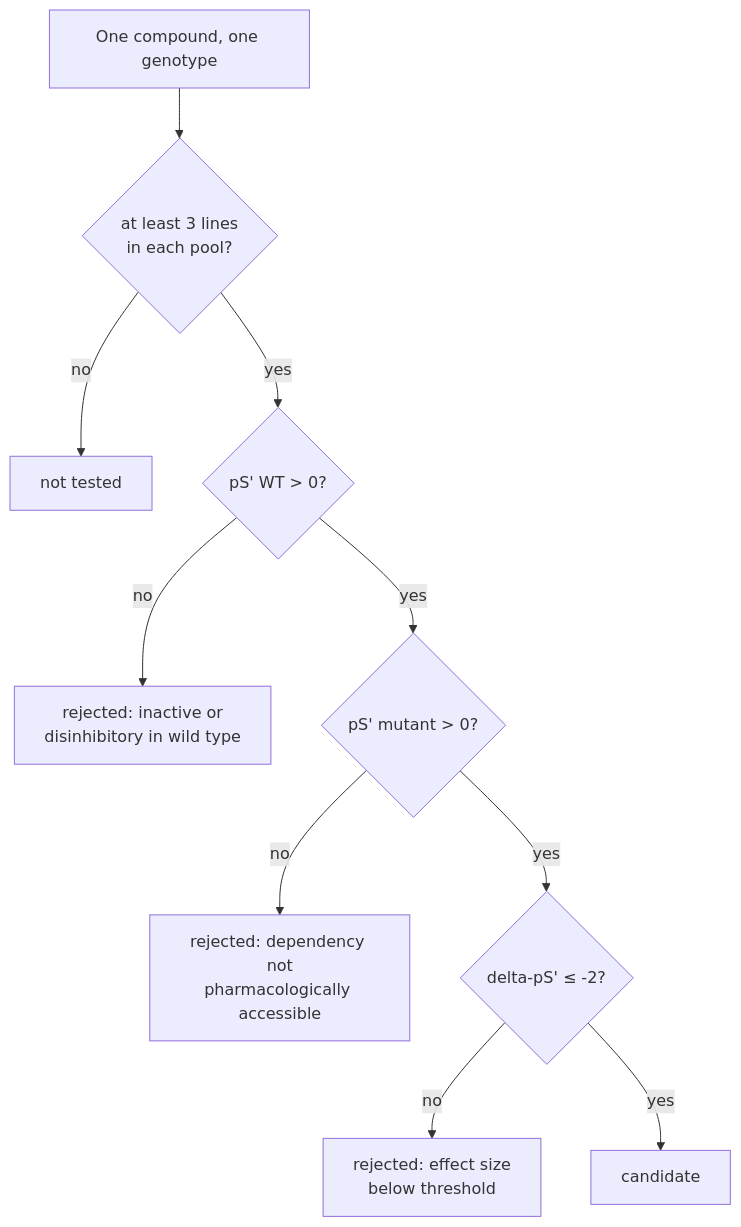
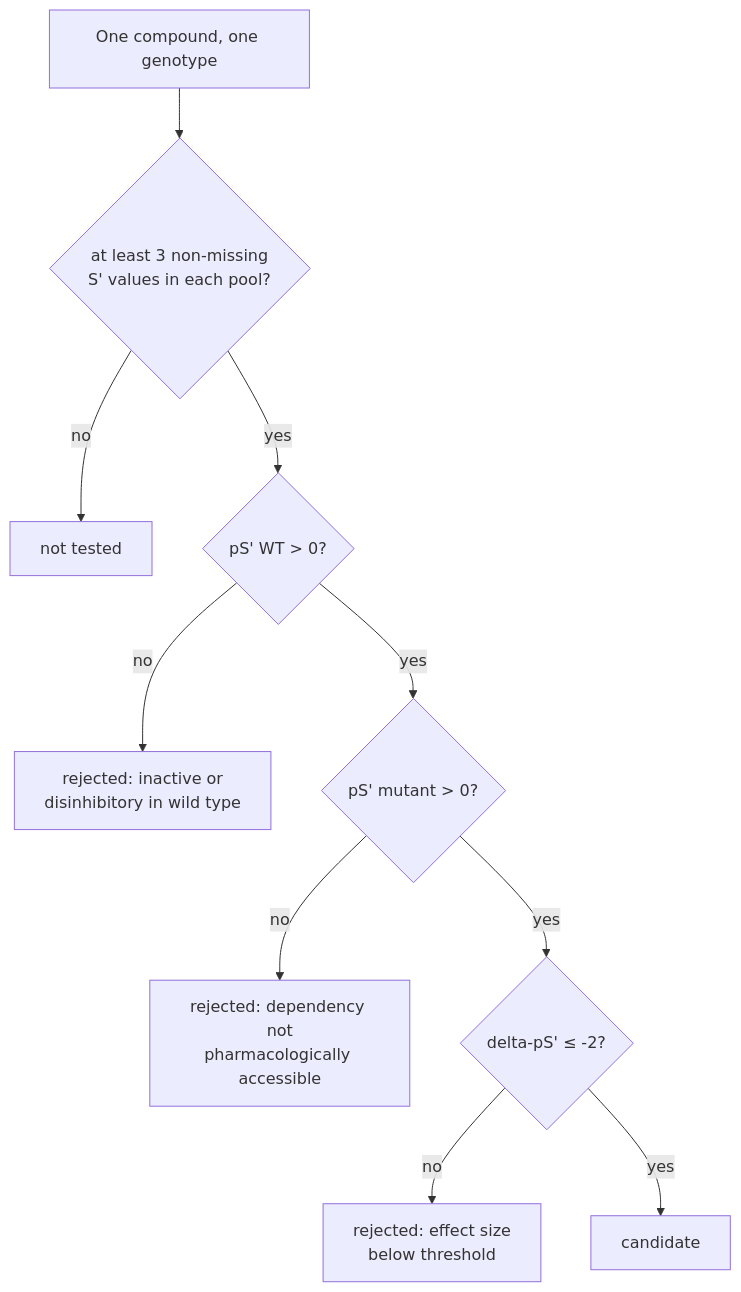
One commit to donbr/sprime-lung-repro changed the third of 6 diagrams in docs/method.md. Above: the diagram before and after it, drawn with Mermaid. The commit also changed other lines of this file and 2 other files, not shown here.

````diff
--- a/docs/method.md
+++ b/docs/method.md
@@ -128,12 +140,12 @@
 ```mermaid
 flowchart TD
-    C["One compound, one genotype"] --> G1{"at least 3 lines<br/>in each pool?"}
+    C["One compound, one genotype"] --> G1{"at least 3 non-missing<br/>S' values in each pool?"}
     G1 -->|no| X1["not tested"]
     G1 -->|yes| G2{"pS' WT &gt; 0?"}
     G2 -->|no| X2["rejected: inactive or<br/>disinhibitory in wild type"]
     G2 -->|yes| G3{"pS' mutant &gt; 0?"}
     G3 -->|no| X3["rejected: dependency not<br/>pharmacologically accessible"]
     G3 -->|yes| G4{"delta-pS' &le; -2?"}
     G4 -->|no| X4["rejected: effect size<br/>below threshold"]
     G4 -->|yes| Y["candidate"]
 ```
````
